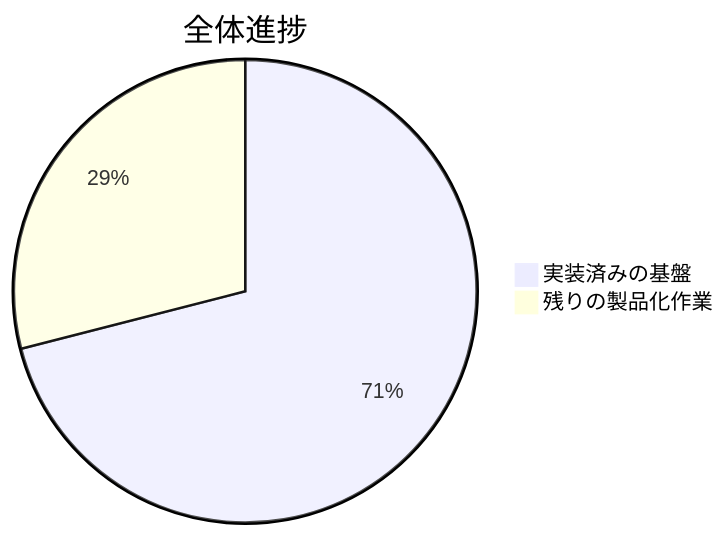
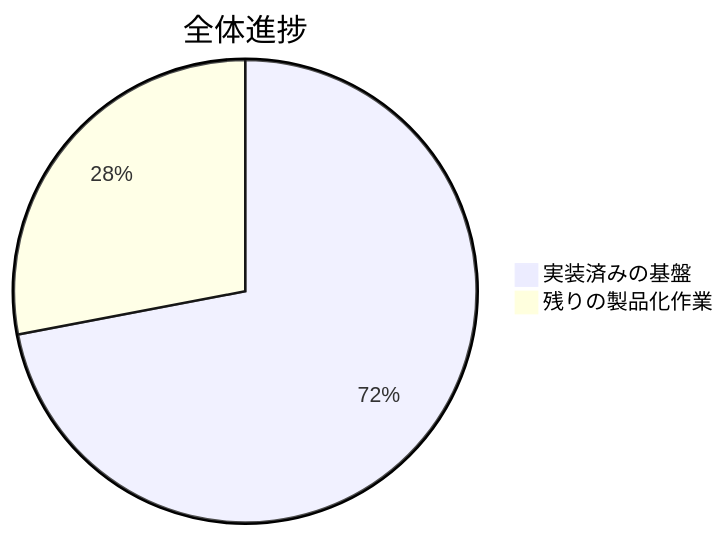
The first of 5 diagrams in README.ja.md (lingmulongtai/GlyphRay), drawn with Mermaid before and after one commit. The commit also changed other lines of this file and 12 other files, not shown here.

````diff
--- a/README.ja.md
+++ b/README.ja.md
@@ -15,5 +15,5 @@
 ```mermaid
 pie title 全体進捗
-  "実装済みの基盤" : 71
-  "残りの製品化作業" : 29
+  "実装済みの基盤" : 72
+  "残りの製品化作業" : 28
 ```
````
